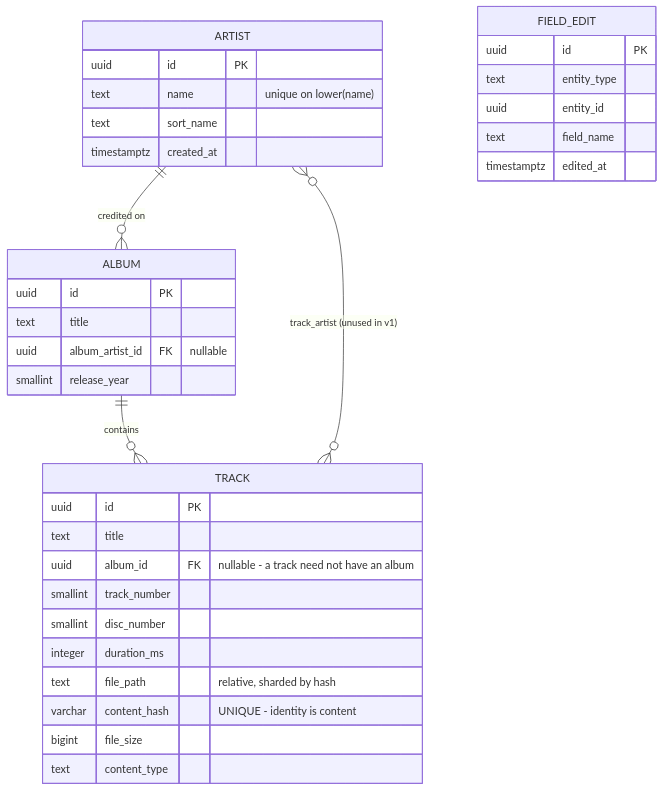
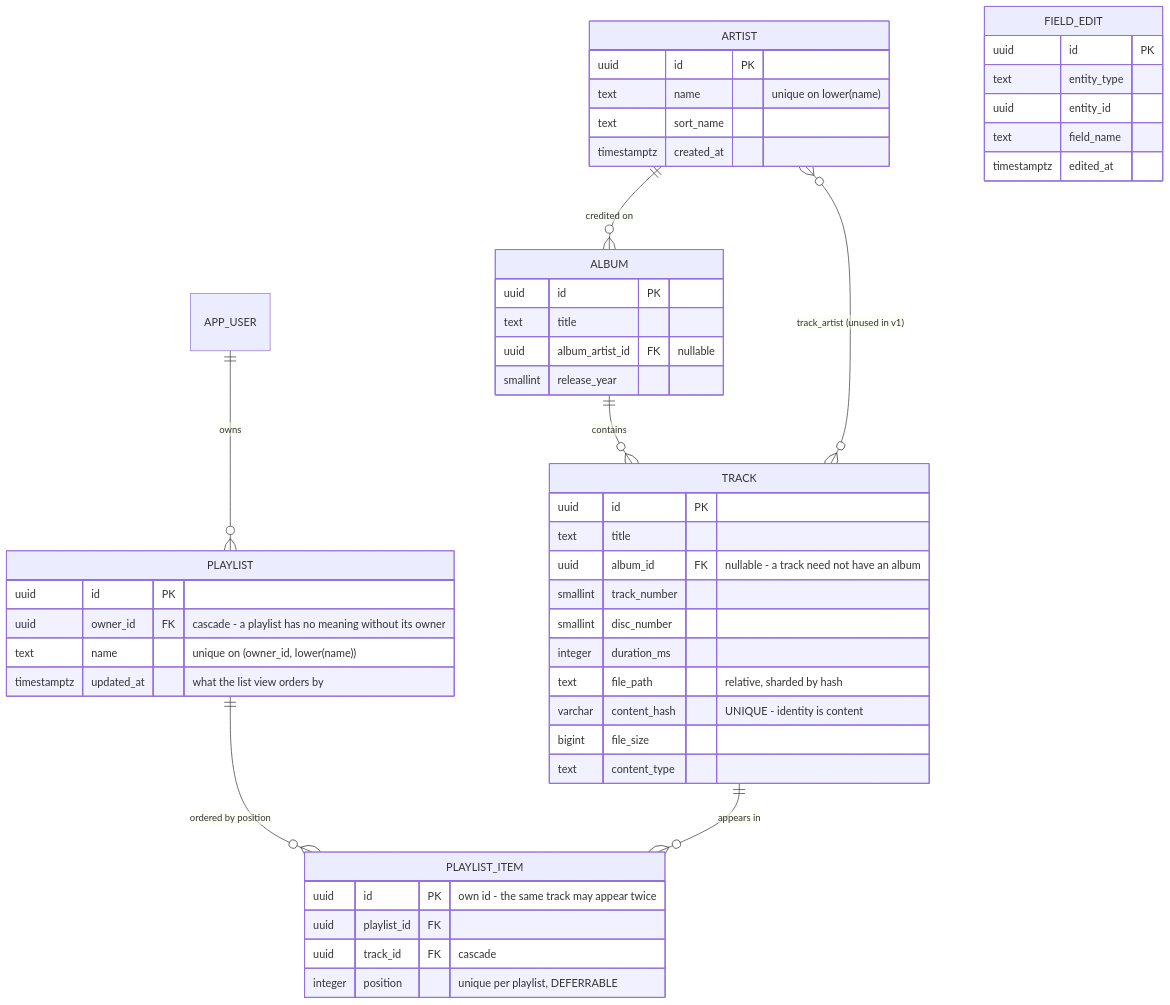
Before and after one commit to kasinathnalla/music-library-excercise: the fourth of 11 diagrams in docs/ARCHITECTURE.md, drawn with Mermaid. The commit also changed other lines of this file and 169 other files, not shown here.

First line of the commit message:
Add per-user playlists, and reorganise both halves by convention

````diff
--- a/docs/ARCHITECTURE.md
+++ b/docs/ARCHITECTURE.md
@@ -170,38 +195,54 @@
 ```mermaid
 erDiagram
     ARTIST ||--o{ ALBUM : "credited on"
     ALBUM  ||--o{ TRACK : contains
     TRACK  }o--o{ ARTIST : "track_artist (unused in v1)"
 
     ARTIST {
         uuid id PK
         text name "unique on lower(name)"
         text sort_name
         timestamptz created_at
     }
     ALBUM {
         uuid id PK
         text title
         uuid album_artist_id FK "nullable"
         smallint release_year
     }
     TRACK {
         uuid id PK
         text title
         uuid album_id FK "nullable - a track need not have an album"
         smallint track_number
         smallint disc_number
         integer duration_ms
         text file_path "relative, sharded by hash"
         varchar content_hash "UNIQUE - identity is content"
         bigint file_size
         text content_type
     }
+    APP_USER ||--o{ PLAYLIST : owns
+    PLAYLIST ||--o{ PLAYLIST_ITEM : "ordered by position"
+    TRACK    ||--o{ PLAYLIST_ITEM : "appears in"
+
+    PLAYLIST {
+        uuid id PK
+        uuid owner_id FK "cascade - a playlist has no meaning without its owner"
+        text name "unique on (owner_id, lower(name))"
+        timestamptz updated_at "what the list view orders by"
+    }
+    PLAYLIST_ITEM {
+        uuid id PK "own id - the same track may appear twice"
+        uuid playlist_id FK
+        uuid track_id FK "cascade"
+        integer position "unique per playlist, DEFERRABLE"
+    }
     FIELD_EDIT {
         uuid id PK
         text entity_type
         uuid entity_id
         text field_name
         timestamptz edited_at
     }
 ```
````
